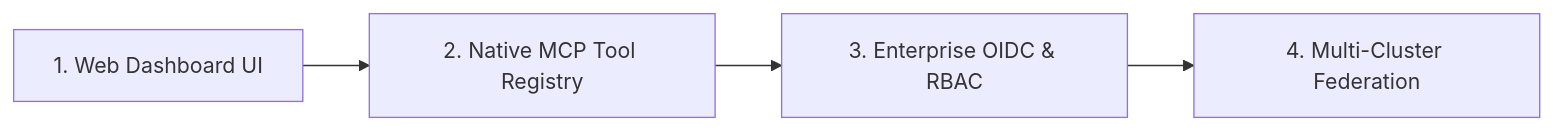
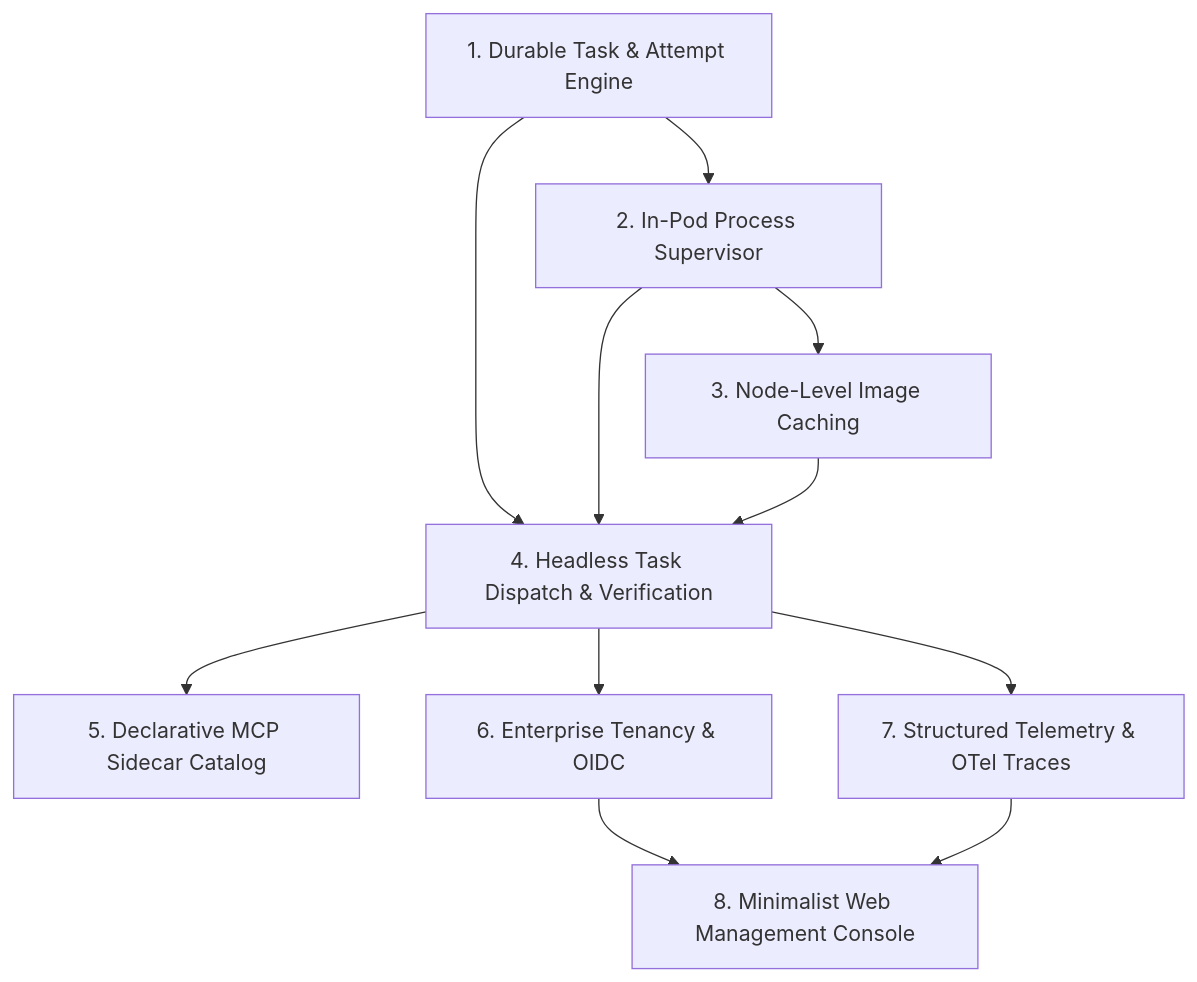
Before and after one commit to hoangndst/buddy-sandboxes: the second of 2 diagrams in docs/roadmap.md, drawn with Mermaid. The commit also changed other lines of this file and 1 other file, not shown here.

Commit message:
docs(roadmap): update platform architecture and forward roadmap

````diff
--- a/docs/roadmap.md
+++ b/docs/roadmap.md
@@ -98,6 +98,13 @@
 ```mermaid
-flowchart LR
-    M1["1. Web Dashboard UI"] --> M2["2. Native MCP Tool Registry"]
-    M2 --> M3["3. Enterprise OIDC & RBAC"]
-    M3 --> M4["4. Multi-Cluster Federation"]
+flowchart TD
+    M1["1. Durable Task & Attempt Engine"] --> M2["2. In-Pod Process Supervisor"]
+    M2 --> M3["3. Node-Level Image Caching"]
+    M1 --> M4["4. Headless Task Dispatch & Verification"]
+    M2 --> M4
+    M3 --> M4
+    M4 --> M5["5. Declarative MCP Sidecar Catalog"]
+    M4 --> M6["6. Enterprise Tenancy & OIDC"]
+    M4 --> M7["7. Structured Telemetry & OTel Traces"]
+    M6 --> M8["8. Minimalist Web Management Console"]
+    M7 --> M8
 ```
````
